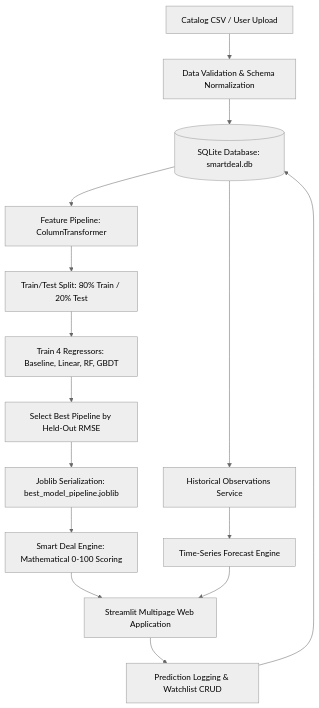
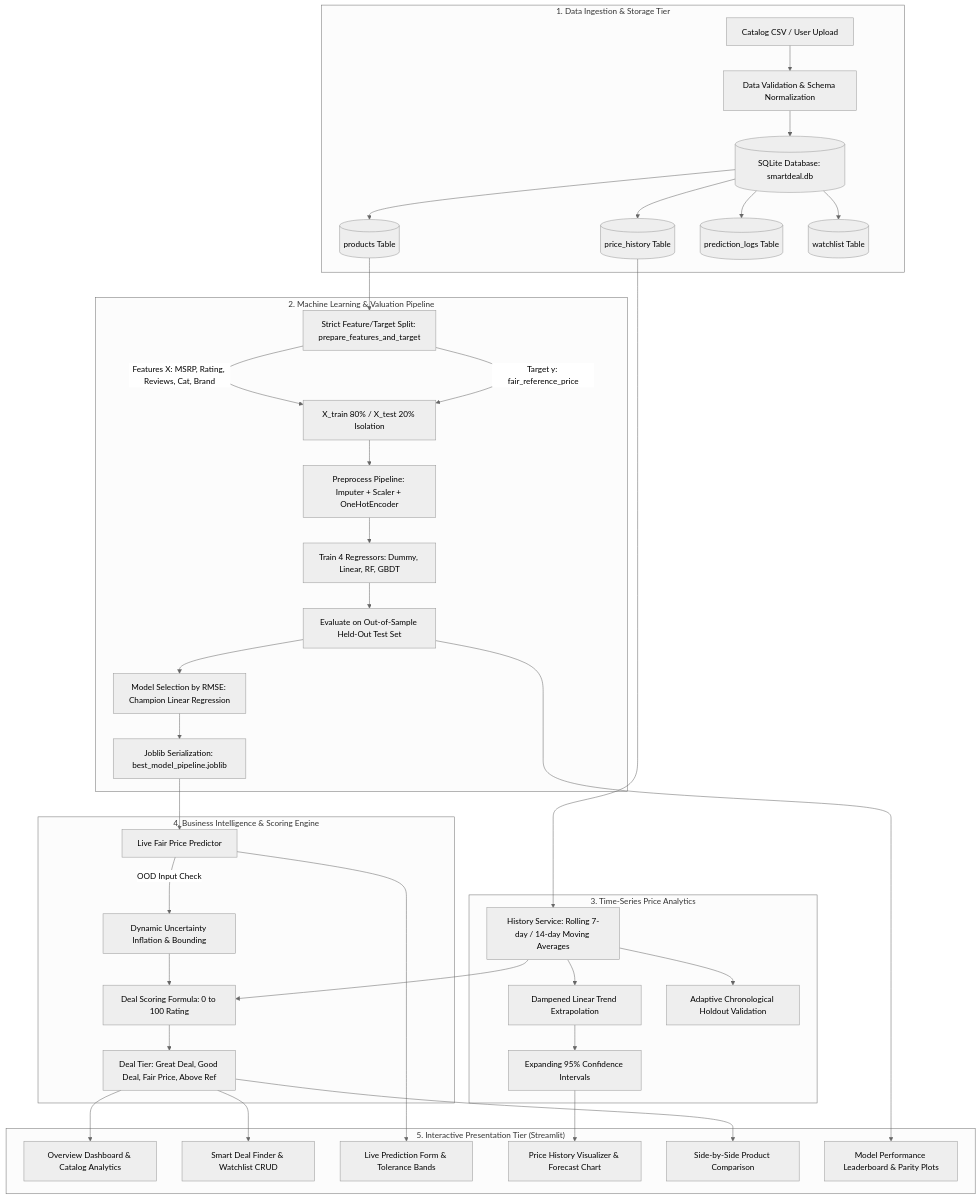
The diagram in README.md (kowshiii1208/smartdeal-ai), drawn with Mermaid (neutral theme) before and after one commit. The commit also changed other lines of this file and 2 other files, not shown here.

Commit message:
docs: add comprehensive project explanation, update README architecture and test matrix

````diff
--- a/README.md
+++ b/README.md
@@ -58,17 +59,46 @@
 ```mermaid
 graph TD
-    A[Catalog CSV / User Upload] --> B[Data Validation & Schema Normalization]
-    B --> C[(SQLite Database: smartdeal.db)]
-    C --> D[Feature Pipeline: ColumnTransformer]
-    D --> E[Train/Test Split: 80% Train / 20% Test]
-    E --> F[Train 4 Regressors: Baseline, Linear, RF, GBDT]
-    F --> G[Select Best Pipeline by Held-Out RMSE]
-    G --> H[Joblib Serialization: best_model_pipeline.joblib]
-    H --> I[Smart Deal Engine: Mathematical 0-100 Scoring]
-    C --> J[Historical Observations Service]
-    J --> K[Time-Series Forecast Engine]
-    I --> L[Streamlit Multipage Web Application]
-    K --> L
-    L --> M[Prediction Logging & Watchlist CRUD]
-    M --> C
+    subgraph Data_Tier["1. Data Ingestion & Storage Tier"]
+        A[Catalog CSV / User Upload] --> B[Data Validation & Schema Normalization]
+        B --> C[(SQLite Database: smartdeal.db)]
+        C --> D[(products Table)]
+        C --> E[(price_history Table)]
+        C --> F[(prediction_logs Table)]
+        C --> G[(watchlist Table)]
+    end
+
+    subgraph ML_Tier["2. Machine Learning & Valuation Pipeline"]
+        D --> H[Strict Feature/Target Split: prepare_features_and_target]
+        H -->|Features X: MSRP, Rating, Reviews, Cat, Brand| I[X_train 80% / X_test 20% Isolation]
+        H -->|Target y: fair_reference_price| I
+        I --> J[Preprocess Pipeline: Imputer + Scaler + OneHotEncoder]
+        J --> K[Train 4 Regressors: Dummy, Linear, RF, GBDT]
+        K --> L[Evaluate on Out-of-Sample Held-Out Test Set]
+        L --> M[Model Selection by RMSE: Champion Linear Regression]
+        M --> N[Joblib Serialization: best_model_pipeline.joblib]
+    end
+
+    subgraph Forecast_Tier["3. Time-Series Price Analytics"]
+        E --> O[History Service: Rolling 7-day / 14-day Moving Averages]
+        O --> P[Dampened Linear Trend Extrapolation]
+        P --> Q[Expanding 95% Confidence Intervals]
+        O --> R[Adaptive Chronological Holdout Validation]
+    end
+
+    subgraph Deal_Tier["4. Business Intelligence & Scoring Engine"]
+        N --> S[Live Fair Price Predictor]
+        S -->|OOD Input Check| T[Dynamic Uncertainty Inflation & Bounding]
+        T --> U[Deal Scoring Formula: 0 to 100 Rating]
+        O --> U
+        U --> V[Deal Tier: Great Deal, Good Deal, Fair Price, Above Ref]
+    end
+
+    subgraph UI_Tier["5. Interactive Presentation Tier (Streamlit)"]
+        V --> W[Overview Dashboard & Catalog Analytics]
+        V --> X[Smart Deal Finder & Watchlist CRUD]
+        S --> Y[Live Prediction Form & Tolerance Bands]
+        Q --> Z[Price History Visualizer & Forecast Chart]
+        V --> AA[Side-by-Side Product Comparison]
+        L --> AB[Model Performance Leaderboard & Parity Plots]
+    end
 ```
````
